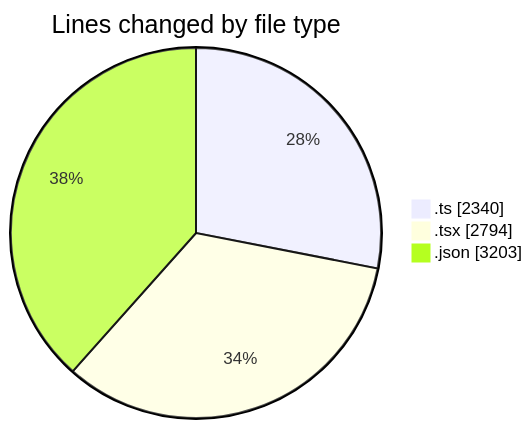
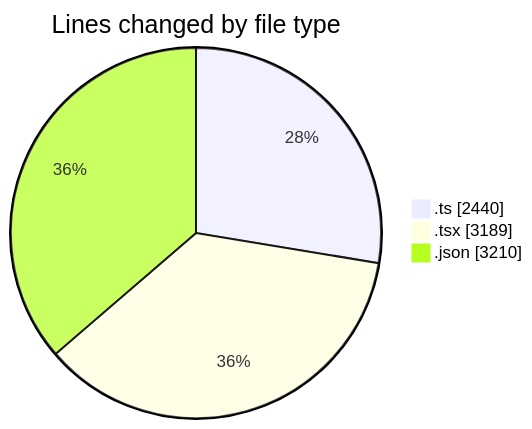
The first of 2 diagrams in 2025-10-23/eventscop-frontend-guide__workspace_/README.md (julien-gomy/code-tracking), drawn with Mermaid before and after one commit. The commit also changed other lines of this file and 1 other file, not shown here.

````diff
--- a/2025-10-23/eventscop-frontend-guide__workspace_/README.md
+++ b/2025-10-23/eventscop-frontend-guide__workspace_/README.md
@@ -42,7 +42,7 @@
 ```mermaid
 pie showData
 title Lines changed by file type
-".ts" : 2340
-".tsx" : 2794
-".json" : 3203
+".ts" : 2440
+".tsx" : 3189
+".json" : 3210
 ```
````
